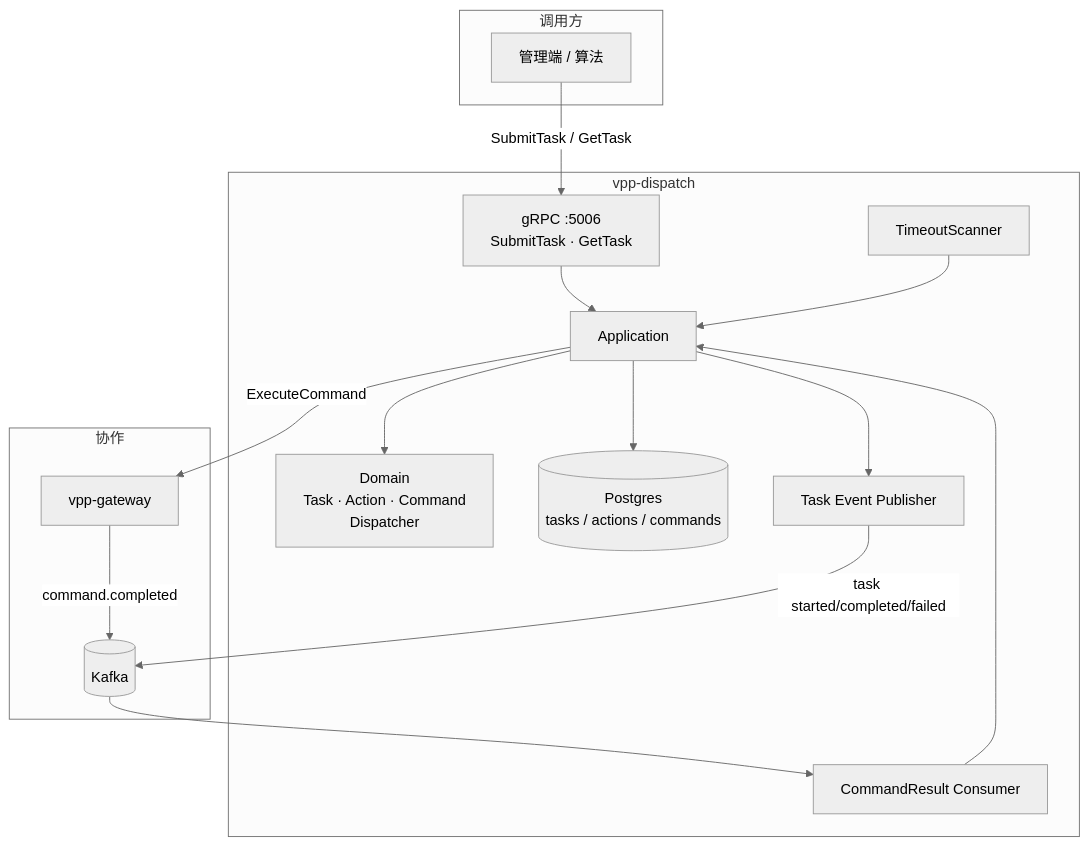
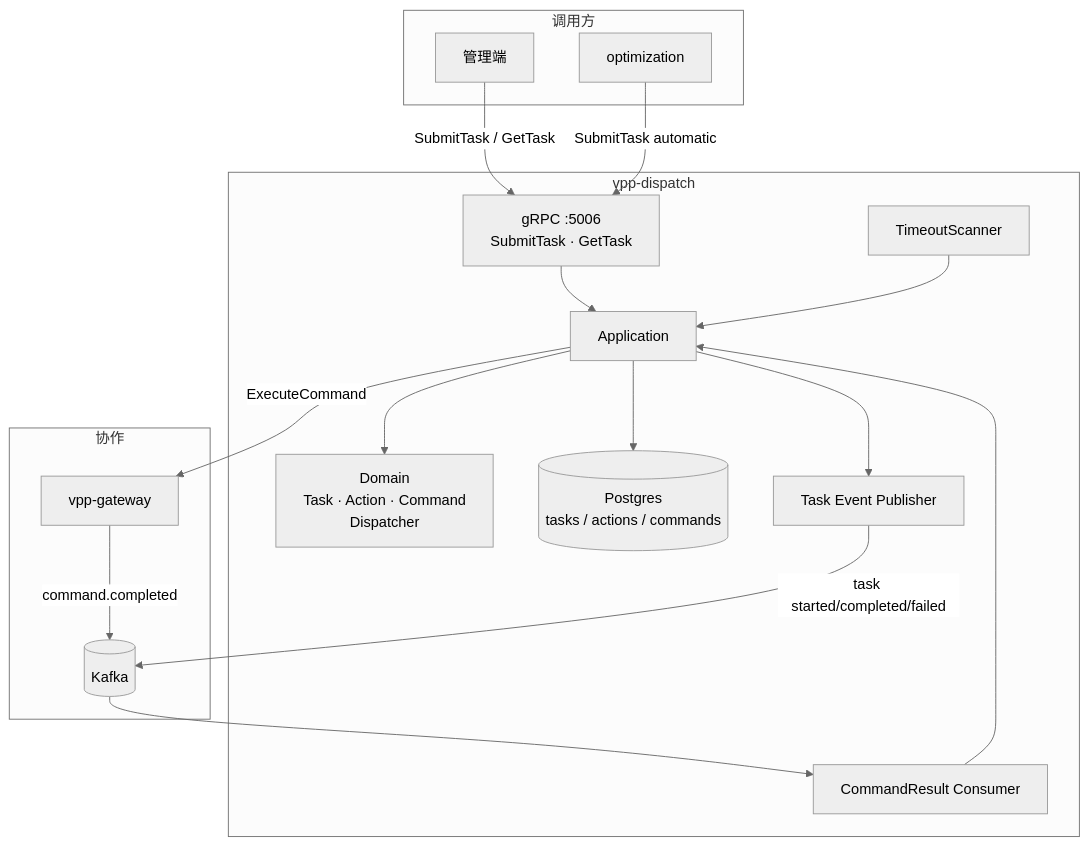
The first of 2 diagrams in internal/dispatch/OVERVIEW.md (mushroomyuan/vpp-backend), drawn with Mermaid (neutral theme) before and after one commit. The commit also changed other lines of this file and 83 other files, not shown here.

````diff
--- a/internal/dispatch/OVERVIEW.md
+++ b/internal/dispatch/OVERVIEW.md
@@ -64,33 +64,35 @@
 ```mermaid
 flowchart TB
     subgraph Clients["调用方"]
-        Admin["管理端 / 算法"]
+        Admin["管理端"]
+        Opt["optimization"]
     end
 
     subgraph Dispatch["vpp-dispatch"]
         GRPC["gRPC :5006<br/>SubmitTask · GetTask"]
         App["Application"]
         Dom["Domain<br/>Task · Action · Command<br/>Dispatcher"]
         DB[("Postgres<br/>tasks / actions / commands")]
         Scanner["TimeoutScanner"]
         Consumer["CommandResult Consumer"]
         Pub["Task Event Publisher"]
     end
 
     subgraph Peers["协作"]
         GW["vpp-gateway"]
         Kafka[("Kafka")]
     end
 
     Admin -->|SubmitTask / GetTask| GRPC
+    Opt -->|SubmitTask automatic| GRPC
     GRPC --> App
     App --> Dom
     App --> DB
     App -->|ExecuteCommand| GW
     GW -->|command.completed| Kafka
     Kafka --> Consumer
     Consumer --> App
     Scanner --> App
     App --> Pub
     Pub -->|task started/completed/failed| Kafka
 ```
````
